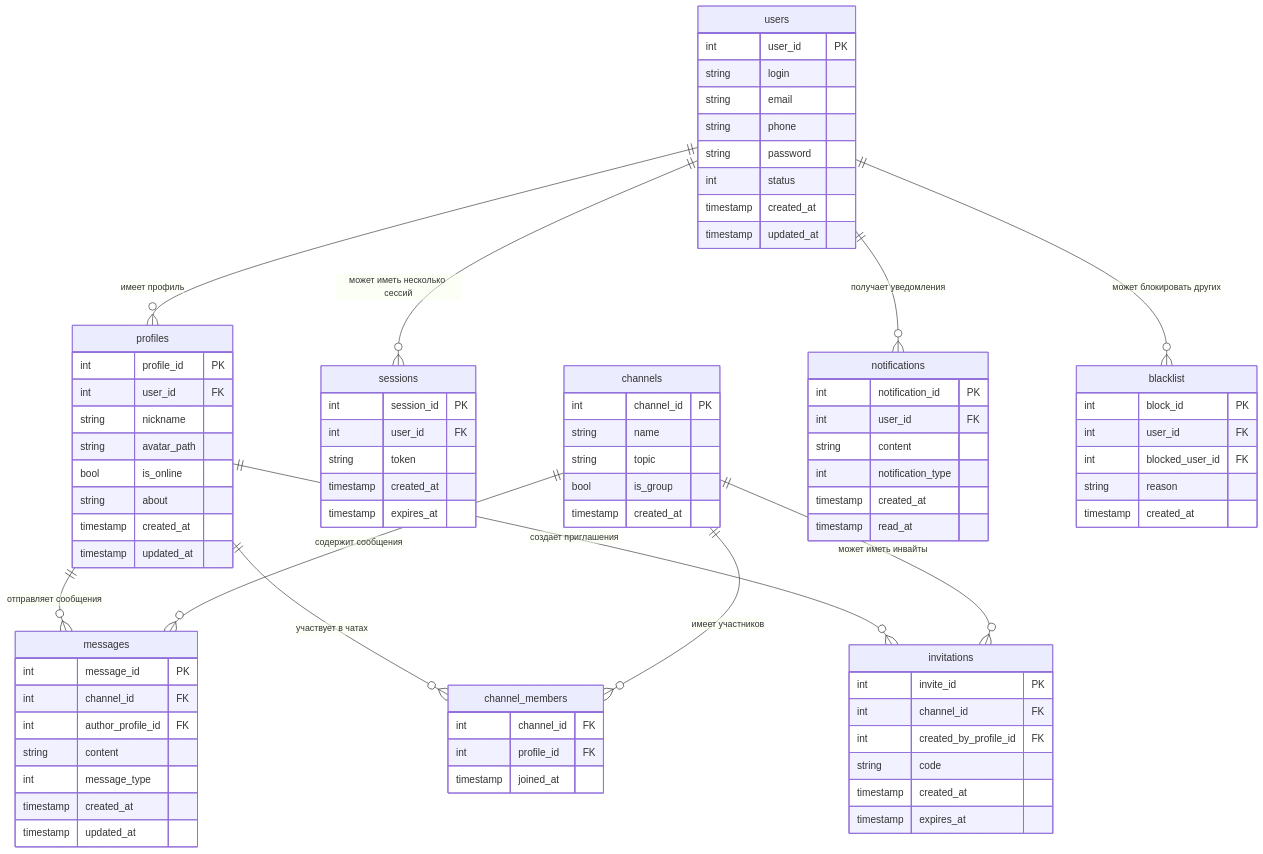
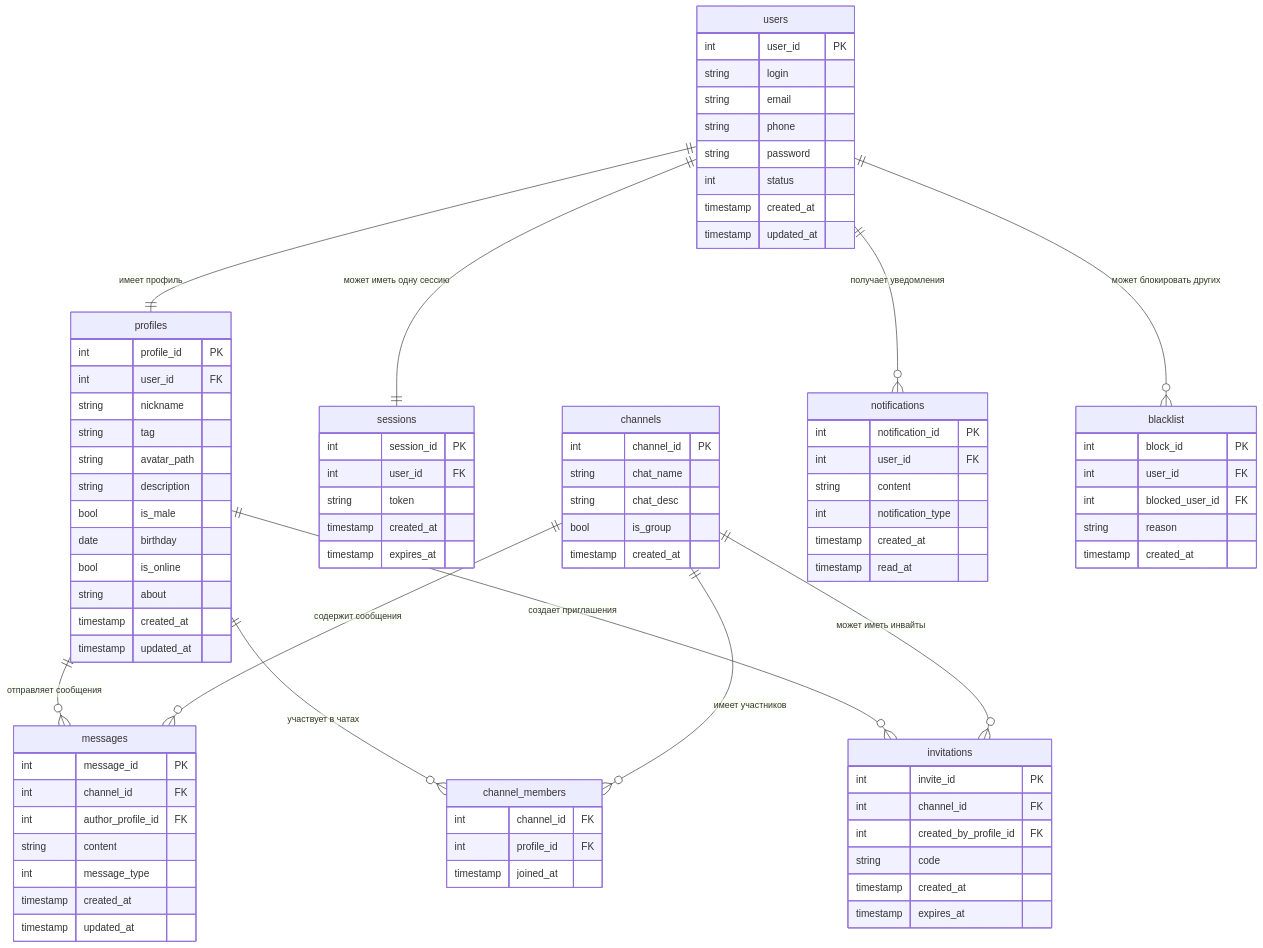
One commit to Neratus/highload_vk_technopark_Discord changed the diagram in README.md. Above: the diagram before and after it, drawn with Mermaid. The commit also changed other lines of this file, not shown here.

````diff
--- a/README.md
+++ b/README.md
@@ -392,7 +392,11 @@
     int profile_id PK
     int user_id FK
     string nickname
+    string tag
     string avatar_path
+    string description
+    bool is_male
+    date birthday
     bool is_online
     string about
     timestamp created_at
@@ -409,8 +413,8 @@
 
 channels {
     int channel_id PK
-    string name
-    string topic
+    string chat_name
+    string chat_desc
     bool is_group
     timestamp created_at
 }
@@ -459,8 +463,8 @@
 
 %% Связи
 
-users ||--o{ profiles : "имеет профиль"
-users ||--o{ sessions : "может иметь несколько сессий"
+users ||--|| profiles : "имеет профиль"
+users ||--|| sessions : "может иметь одну сессию"
 users ||--o{ notifications : "получает уведомления"
 users ||--o{ blacklist : "может блокировать других"
 
@@ -472,4 +476,6 @@
 channels ||--o{ channel_members : "имеет участников"
 channels ||--o{ invitations : "может иметь инвайты"
 
+
+
 ```
````
